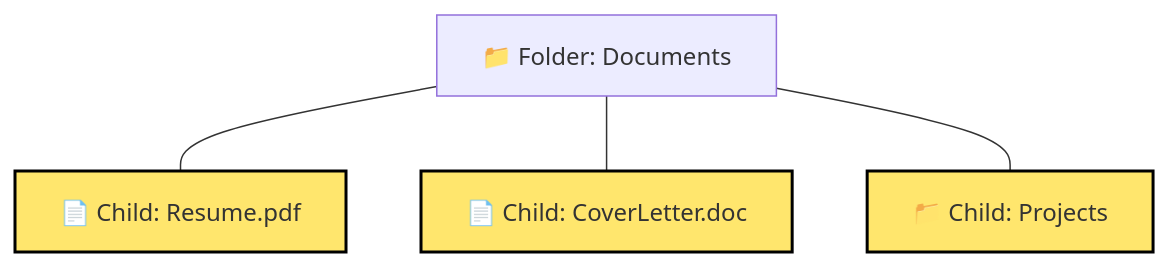
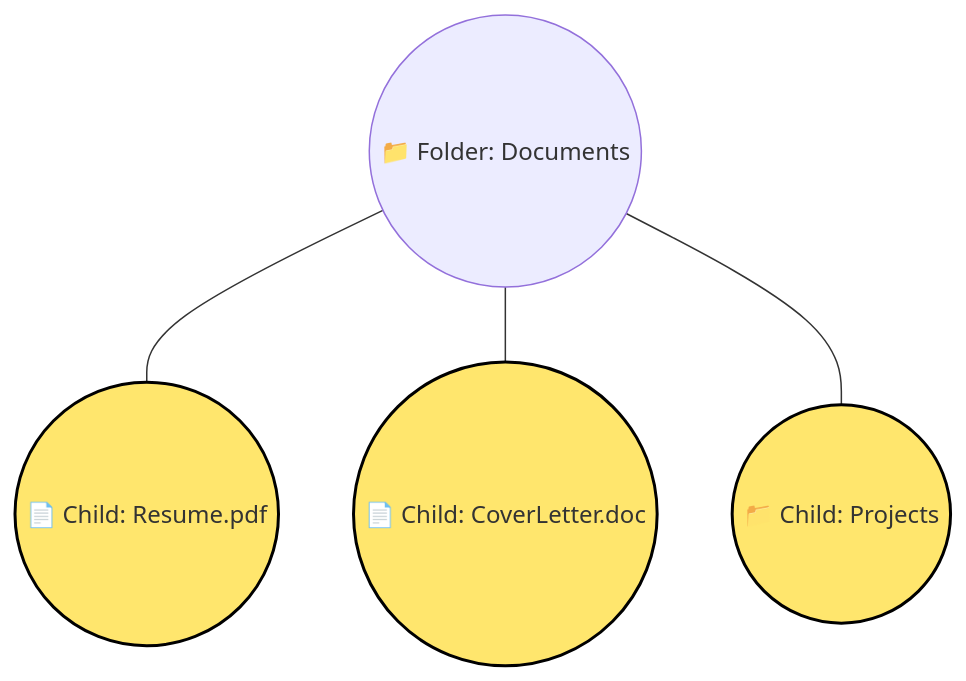
The fifth of 23 diagrams in tree/01_tree_terminology.md (ARYAN-KUMAR-22/dsa), drawn with Mermaid before and after one commit. The commit also changed other lines of this file, not shown here.

Commit message:
Convert all node representations to circles in tree diagrams for consistent visualization

````diff
--- a/tree/01_tree_terminology.md
+++ b/tree/01_tree_terminology.md
@@ -154,15 +154,15 @@
 ```mermaid
 graph TD
-    P["📁 Folder: Documents"]
-    C1["📄 Child: Resume.pdf"]
-    C2["📄 Child: CoverLetter.doc"]
-    C3["📁 Child: Projects"]
+    P((📁 Folder: Documents))
+    C1((📄 Child: Resume.pdf))
+    C2((📄 Child: CoverLetter.doc))
+    C3((📁 Child: Projects))
     
     P --- C1
     P --- C2
     P --- C3
     
     style C1 fill:#ffe66d,stroke:#000,stroke-width:2px
     style C2 fill:#ffe66d,stroke:#000,stroke-width:2px
     style C3 fill:#ffe66d,stroke:#000,stroke-width:2px
 ```
````
